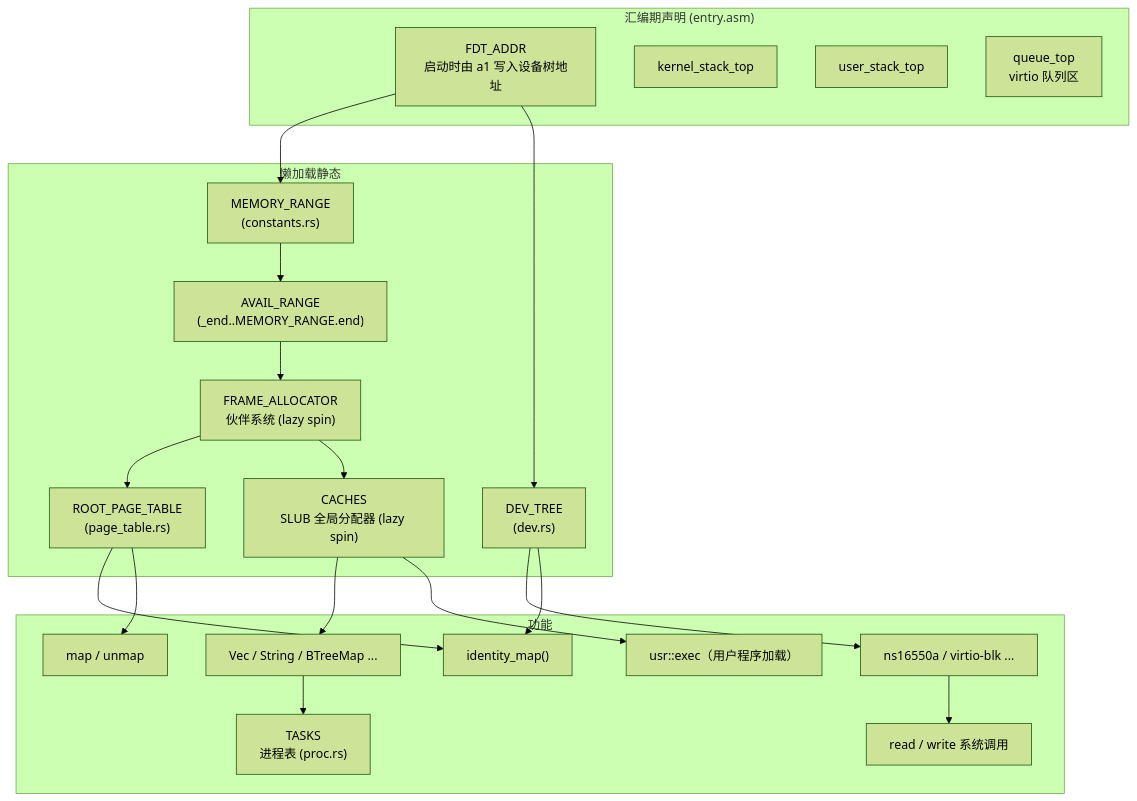
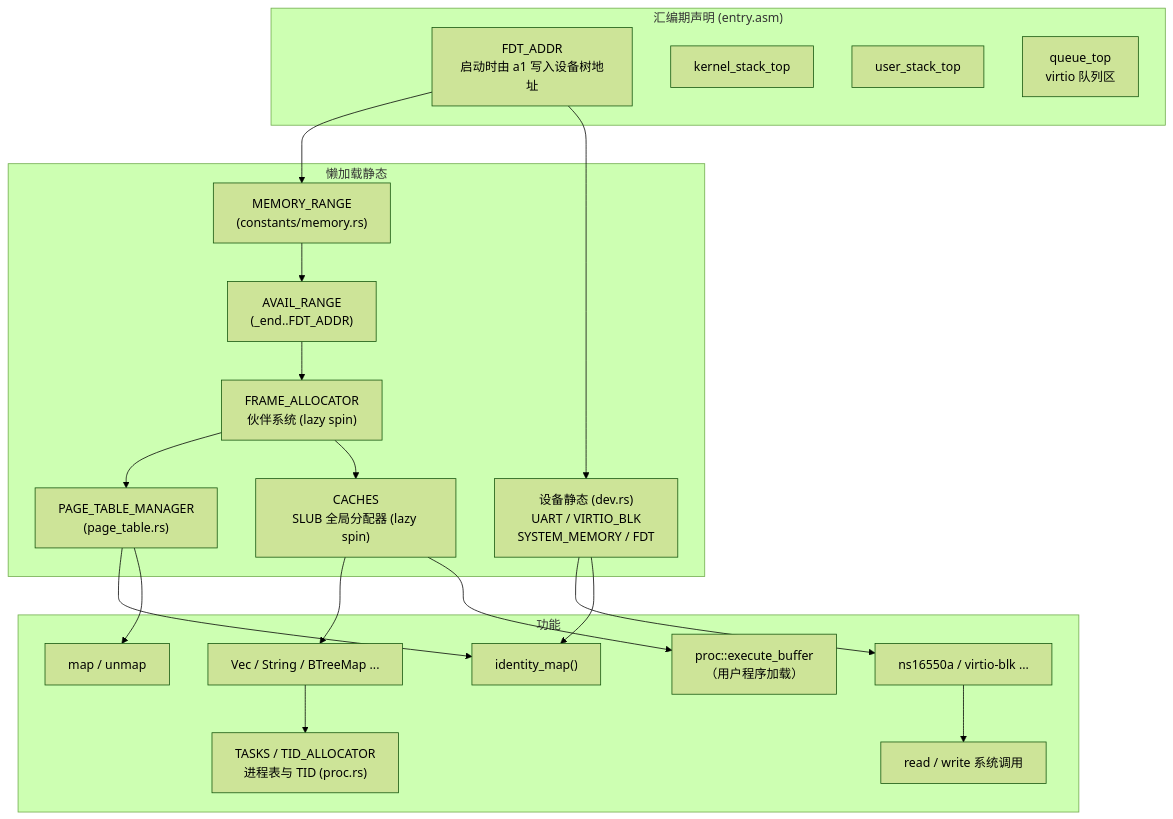
Before and after one commit to NetSalmon/athera: the diagram in README.md, drawn with Mermaid (forest theme). The commit also changed other lines of this file and 1 other file, not shown here.

````diff
--- a/README.md
+++ b/README.md
@@ -121,29 +130,29 @@
 ```mermaid
 graph TD
     subgraph 汇编期声明["汇编期声明 (entry.asm)"]
         fdt_addr["FDT_ADDR<br/>启动时由 a1 写入设备树地址"]
         kernel_stack["kernel_stack_top"]
         user_stack["user_stack_top"]
         queue_top["queue_top<br/>virtio 队列区"]
     end
 
     subgraph 懒加载静态
-        fdt_addr --> memory_range["MEMORY_RANGE<br/>(constants.rs)"]
-        fdt_addr --> dev_tree["DEV_TREE<br/>(dev.rs)"]
-        memory_range --> avail_range["AVAIL_RANGE<br/>(_end..MEMORY_RANGE.end)"]
+        fdt_addr --> memory_range["MEMORY_RANGE<br/>(constants/memory.rs)"]
+        fdt_addr --> dev["设备静态 (dev.rs)<br/>UART / VIRTIO_BLK<br/>SYSTEM_MEMORY / FDT"]
+        memory_range --> avail_range["AVAIL_RANGE<br/>(_end..FDT_ADDR)"]
         avail_range --> frame_allocator["FRAME_ALLOCATOR<br/>伙伴系统 (lazy spin)"]
-        frame_allocator --> root_page_table["ROOT_PAGE_TABLE<br/>(page_table.rs)"]
+        frame_allocator --> page_table_mgr["PAGE_TABLE_MANAGER<br/>(page_table.rs)"]
         frame_allocator --> caches["CACHES<br/>SLUB 全局分配器 (lazy spin)"]
     end
 
     subgraph 功能
         caches --> alloc_structs["Vec / String / BTreeMap ..."]
-        alloc_structs --> tasks["TASKS<br/>进程表 (proc.rs)"]
-        dev_tree --> device["ns16550a / virtio-blk ..."]
-        root_page_table --> identity_map["identity_map()"]
-        dev_tree --> identity_map
-        root_page_table --> map["map / unmap"]
-        caches --> exec["usr::exec（用户程序加载）"]
+        alloc_structs --> tasks["TASKS / TID_ALLOCATOR<br/>进程表与 TID (proc.rs)"]
+        dev --> device["ns16550a / virtio-blk ..."]
+        page_table_mgr --> identity_map["identity_map()"]
+        dev --> identity_map
+        page_table_mgr --> map["map / unmap"]
+        caches --> exec["proc::execute_buffer<br/>（用户程序加载）"]
         device --> syscall["read / write 系统调用"]
     end
 ```
````
